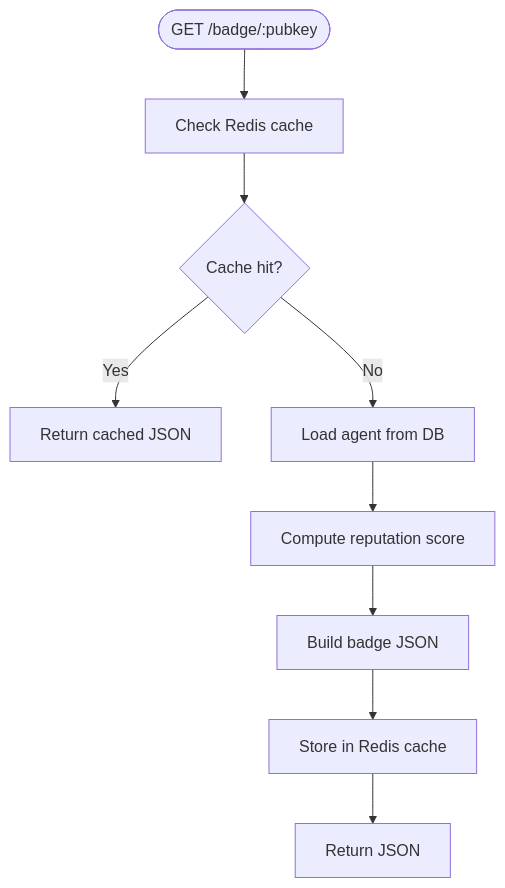
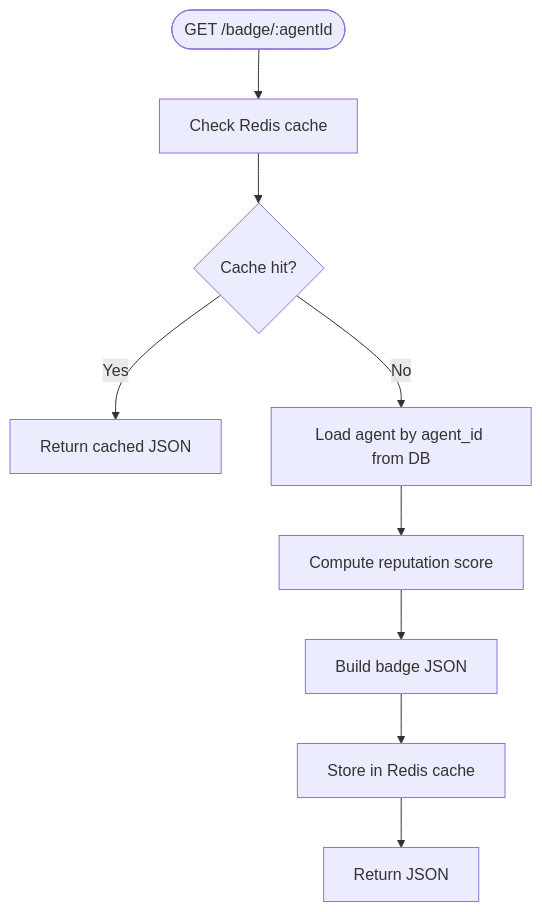
The fifth of 10 diagrams in .qoder/repowiki/en/content/Frontend Application/API Integration.md (RunTimeAdmin/AgentID), drawn with Mermaid before and after one commit. The commit also changed other lines of this file and 31 other files, not shown here.

````diff
--- a/.qoder/repowiki/en/content/Frontend Application/API Integration.md
+++ b/.qoder/repowiki/en/content/Frontend Application/API Integration.md
@@ -239,11 +264,11 @@
 ```mermaid
 flowchart TD
-Start(["GET /badge/:pubkey"]) --> CheckCache["Check Redis cache"]
+Start(["GET /badge/:agentId"]) --> CheckCache["Check Redis cache"]
 CheckCache --> CacheHit{"Cache hit?"}
 CacheHit --> |Yes| ReturnCached["Return cached JSON"]
-CacheHit --> |No| LoadAgent["Load agent from DB"]
+CacheHit --> |No| LoadAgent["Load agent by agent_id from DB"]
 LoadAgent --> ComputeRep["Compute reputation score"]
 ComputeRep --> BuildJSON["Build badge JSON"]
 BuildJSON --> CacheStore["Store in Redis cache"]
 CacheStore --> ReturnJSON["Return JSON"]
 ```
````
